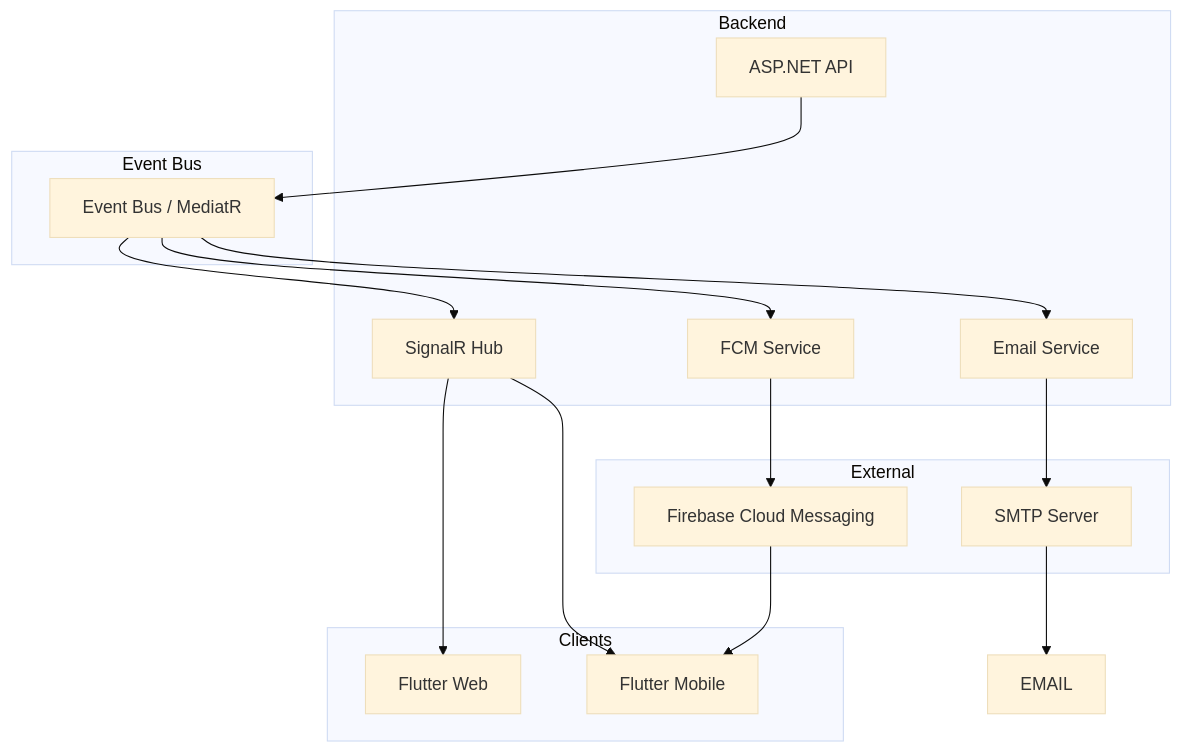
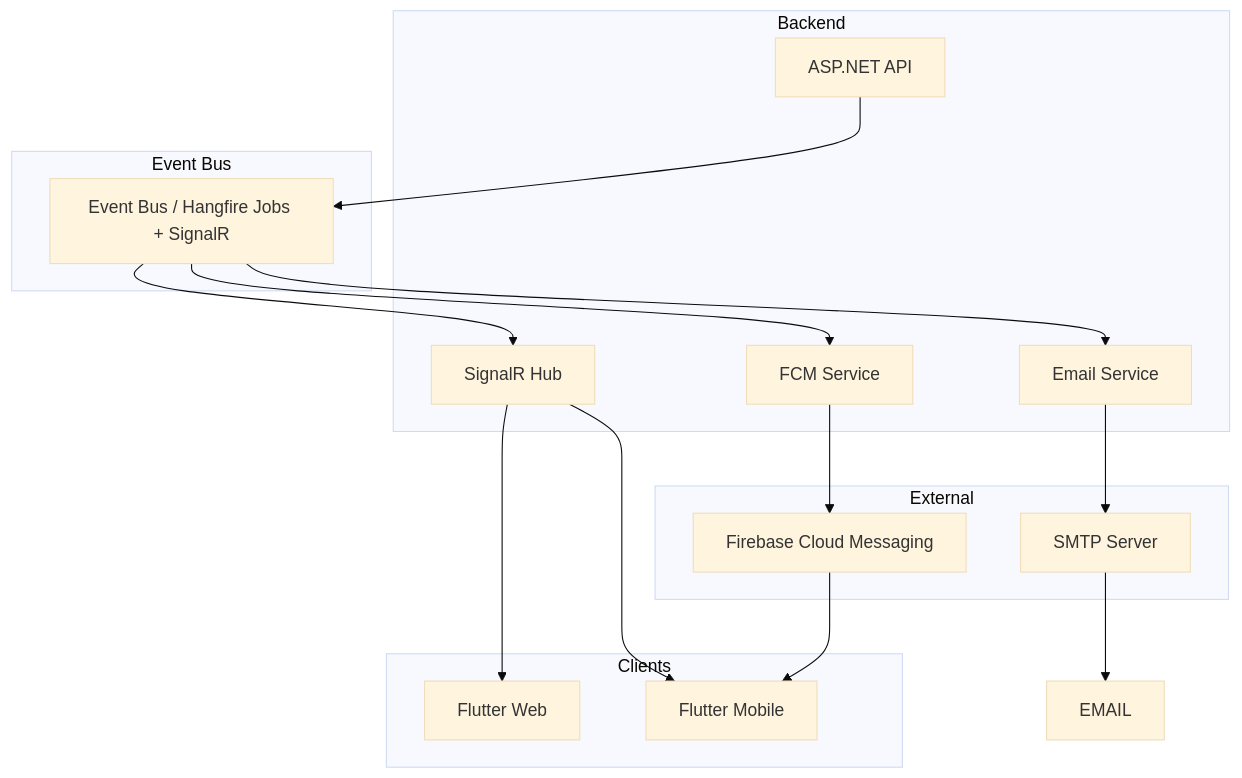
The second of 3 diagrams in SPEC.md (AllSystem23/zorvian), drawn with Mermaid (base theme) before and after one commit. The commit also changed other lines of this file and 52 other files, not shown here.

````diff
--- a/SPEC.md
+++ b/SPEC.md
@@ -1512,30 +1517,30 @@
 ```mermaid
 graph TB
     subgraph Backend
         API[ASP.NET API]
         SIGNALR[SignalR Hub]
         FCM_SVC[FCM Service]
         EMAIL_SVC[Email Service]
     end
     subgraph Event Bus
-        EVT[Event Bus / MediatR]
+        EVT[Event Bus / Hangfire Jobs + SignalR]
     end
     subgraph Clients
         WEB[Flutter Web]
         MOBILE[Flutter Mobile]
     end
     subgraph External
         FCM[Firebase Cloud Messaging]
         SMTP[SMTP Server]
     end
     API --> EVT
     EVT --> FCM_SVC
     EVT --> EMAIL_SVC
     EVT --> SIGNALR
     FCM_SVC --> FCM
     EMAIL_SVC --> SMTP
     SIGNALR --> WEB
     SIGNALR --> MOBILE
     FCM --> MOBILE
     SMTP --> EMAIL
 ```
````
